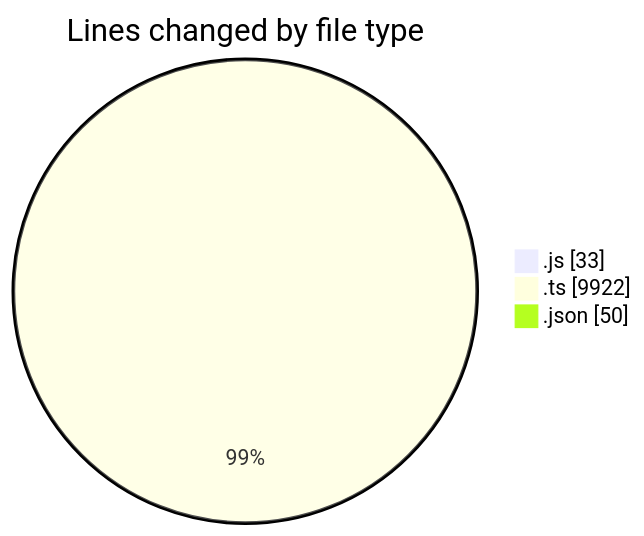
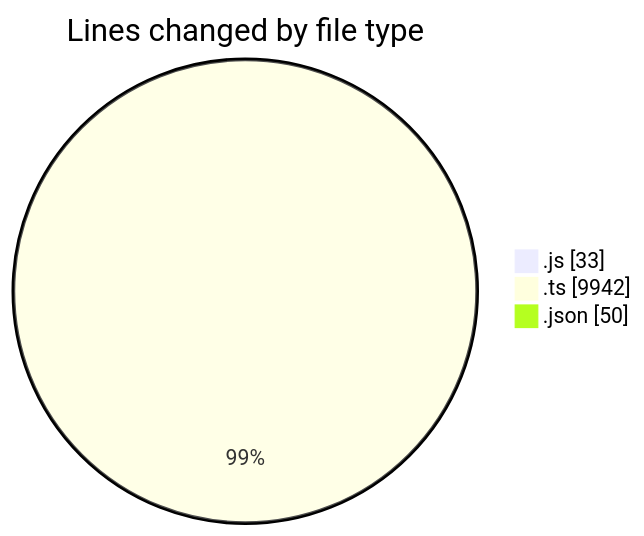
Before and after one commit to momahboobian/code-tracking: the first of 2 diagrams in 2025-09-08/cda/README.md, drawn with Mermaid. The commit also changed other lines of this file and 1 other file, not shown here.

````diff
--- a/2025-09-08/cda/README.md
+++ b/2025-09-08/cda/README.md
@@ -25,7 +25,7 @@
 ```mermaid
 pie showData
 title Lines changed by file type
 ".js" : 33
-".ts" : 9922
+".ts" : 9942
 ".json" : 50
 ```
````
